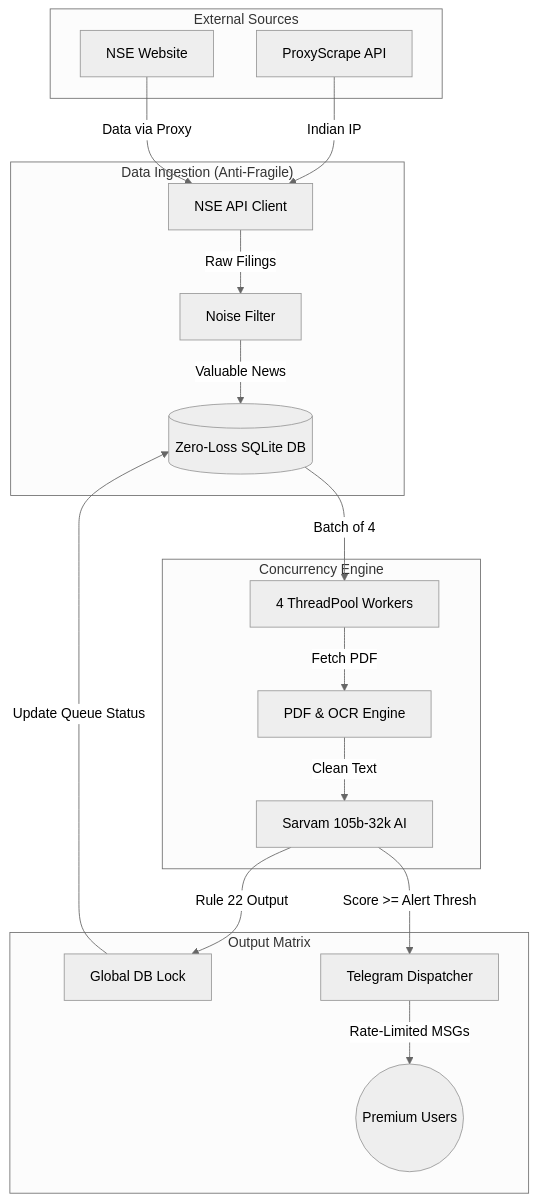
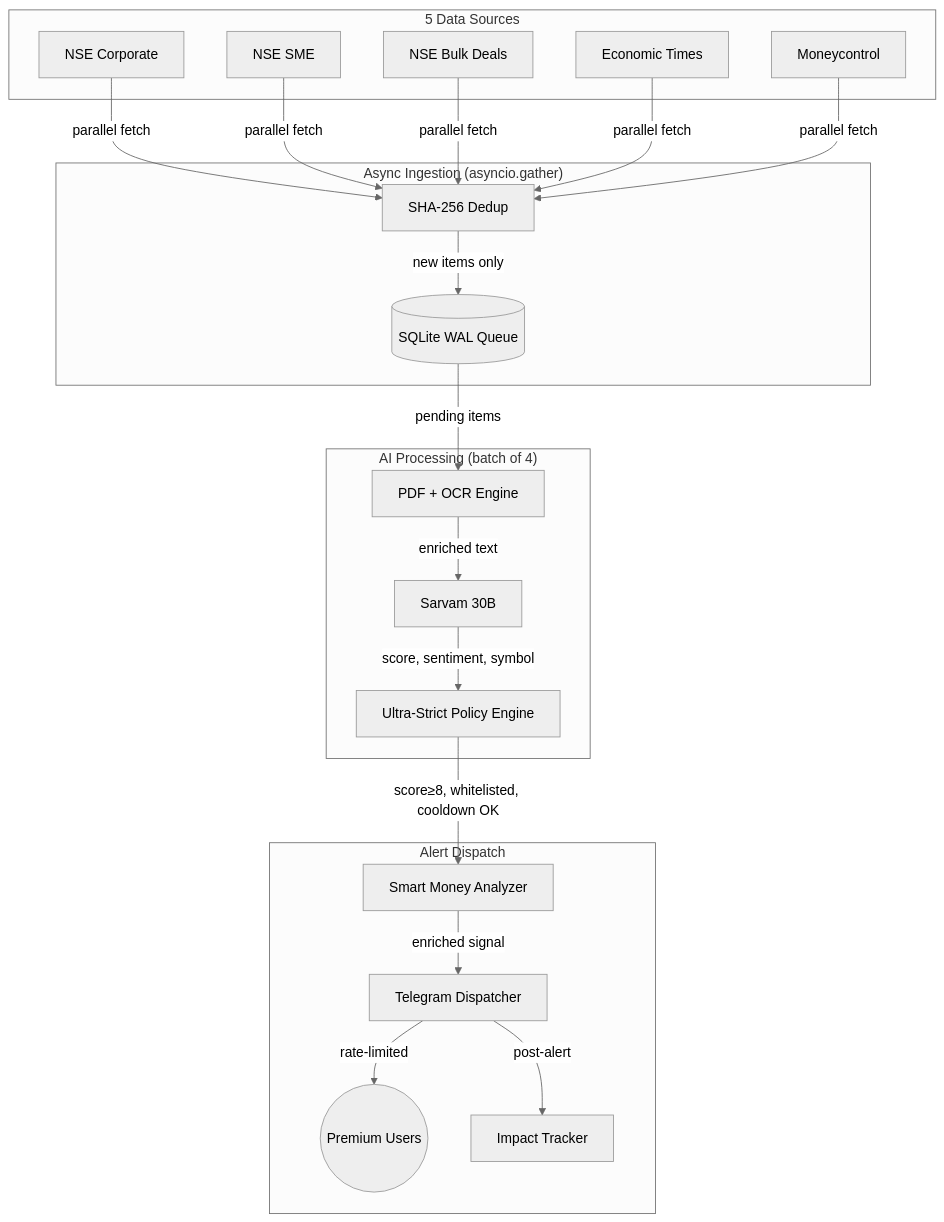
The diagram in project_documentation.md (sarvasva-dev/trading-bot), drawn with Mermaid (neutral theme) before and after one commit. The commit also changed other lines of this file and 35 other files, not shown here.

Commit message:
v2.0: Security hardening – bcrypt, rate limiting, auto-backup, proxy removed

````diff
--- a/project_documentation.md
+++ b/project_documentation.md
@@ -84,27 +136,28 @@
 ```mermaid
 graph TD
-    subgraph "External Sources"
-        NSE[NSE Website]
-        Proxy[ProxyScrape API]
+    subgraph "5 Data Sources"
+        NSE[NSE Corporate]
+        SME[NSE SME]
+        BULK[NSE Bulk Deals]
+        ET[Economic Times]
+        MC[Moneycontrol]
     end
 
-    subgraph "Data Ingestion (Anti-Fragile)"
-        Proxy -->|Indian IP| Client[NSE API Client]
-        NSE -->|Data via Proxy| Client
-        Client -->|Raw Filings| Filter[Noise Filter]
-        Filter -->|Valuable News| DBQueue[(Zero-Loss SQLite DB)]
+    subgraph "Async Ingestion (asyncio.gather)"
+        NSE & SME & BULK & ET & MC -->|parallel fetch| Dedup[SHA-256 Dedup]
+        Dedup -->|new items only| DBQueue[(SQLite WAL Queue)]
     end
 
-    subgraph "Concurrency Engine"
-        DBQueue -->|Batch of 4| Threads[4 ThreadPool Workers]
-        Threads -->|Fetch PDF| Vision[PDF & OCR Engine]
-        Vision -->|Clean Text| Sarvam[Sarvam 105b-32k AI]
+    subgraph "AI Processing (batch of 4)"
+        DBQueue -->|pending items| PDFEngine[PDF + OCR Engine]
+        PDFEngine -->|enriched text| Sarvam[Sarvam 30B]
+        Sarvam -->|score, sentiment, symbol| Policy[Ultra-Strict Policy Engine]
     end
 
-    subgraph "Output Matrix"
-        Sarvam -->|Rule 22 Output| DBLock[Global DB Lock]
-        DBLock -->|Update Queue Status| DBQueue
-        Sarvam -->|Score >= Alert Thresh| Broadcaster[Telegram Dispatcher]
-        Broadcaster -->|Rate-Limited MSGs| Premium((Premium Users))
+    subgraph "Alert Dispatch"
+        Policy -->|score≥8, whitelisted, cooldown OK| SmartMoney[Smart Money Analyzer]
+        SmartMoney -->|enriched signal| TelegramBot[Telegram Dispatcher]
+        TelegramBot -->|rate-limited| Premium((Premium Users))
+        TelegramBot -->|post-alert| ImpactTracker[Impact Tracker]
     end
 ```
````
